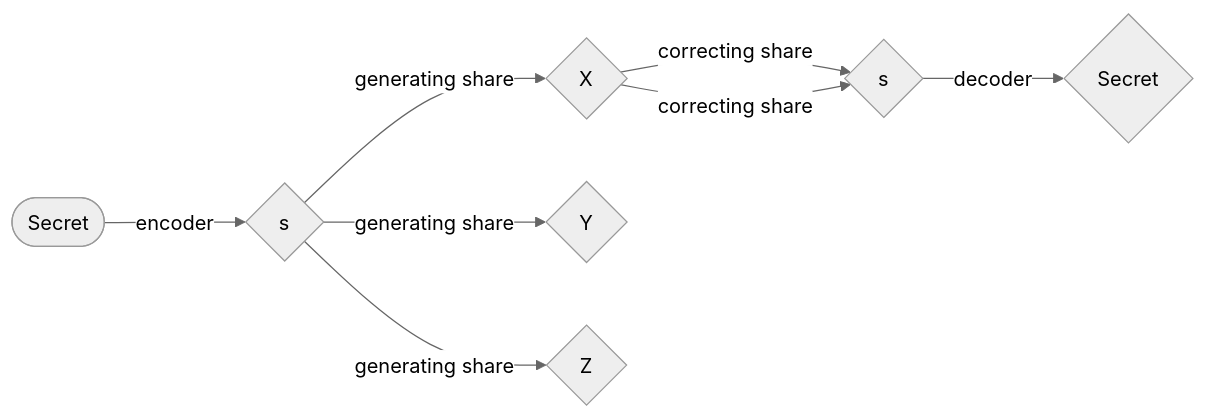
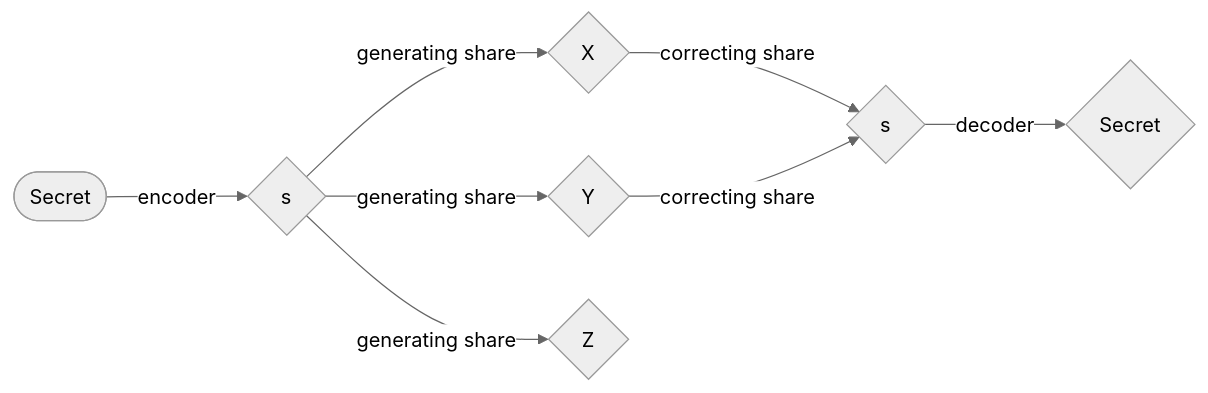
One commit to h28a3/Secret-Sharing changed the diagram in README.md. Above: the diagram before and after it, drawn with Mermaid (neutral theme).

````diff
--- a/README.md
+++ b/README.md
@@ -27,10 +27,10 @@
 ```mermaid
 graph LR
   Start([Secret])-->|encoder|A{s}
   A-->|generating share|B{X}
   A-->|generating share|C{Y}
   A-->|generating share|D{Z}
   B-->|correcting share|E{s}
-  B-->|correcting share|E{s}
+  C-->|correcting share|E{s}
   E-->|decoder|F{Secret}
 ```
````
